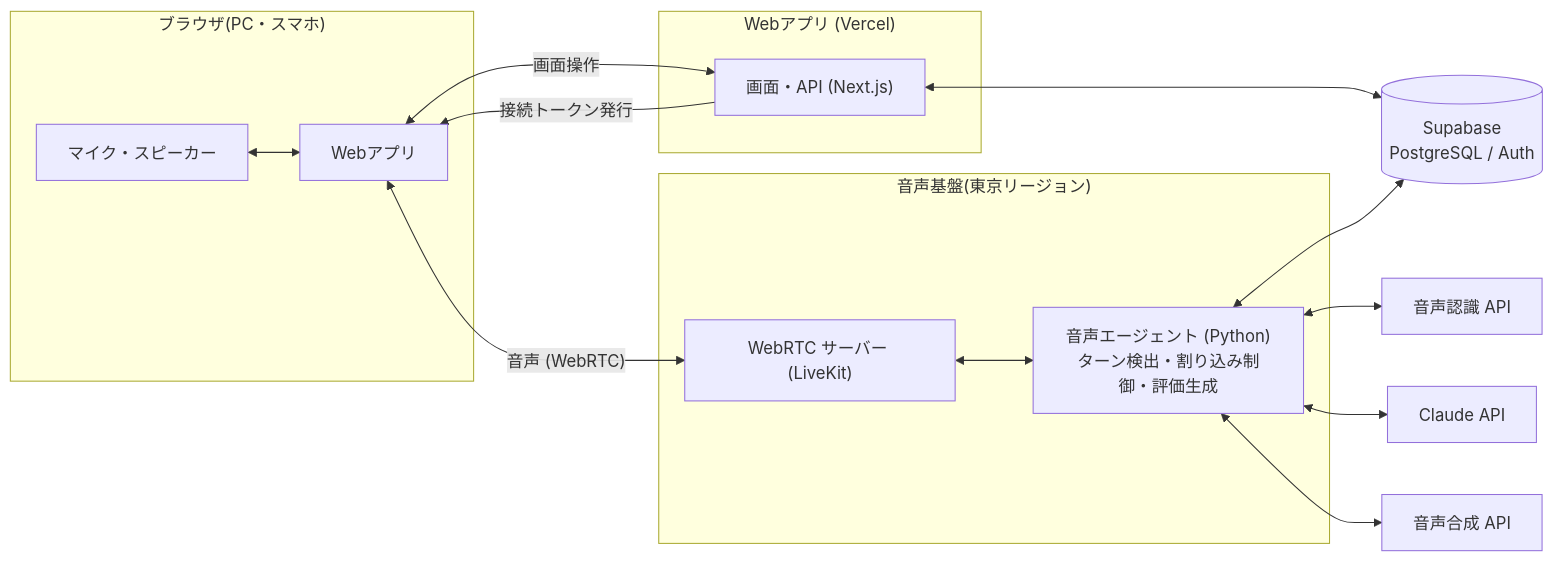
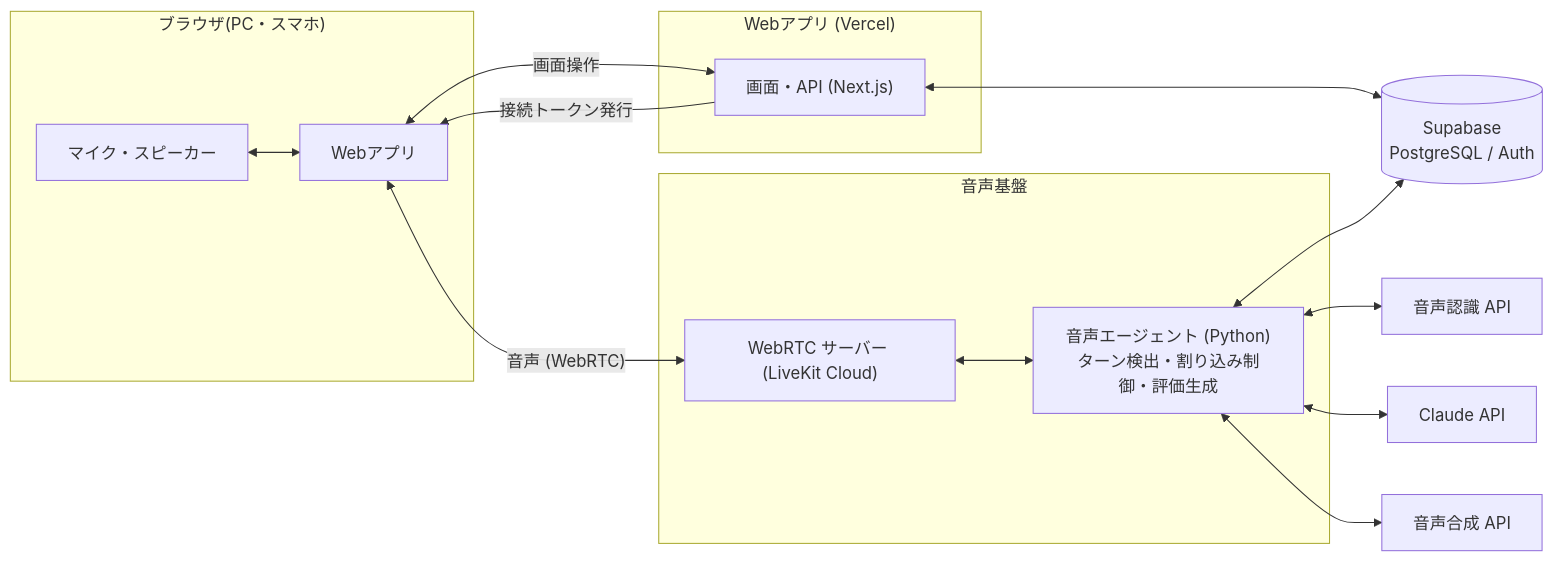
One commit to tarokuma555-maker/AI-interview-pj changed the fifth of 5 diagrams in docs/requirements.md. Above: the diagram before and after it, drawn with Mermaid. The commit also changed other lines of this file and 1 other file, not shown here.

````diff
--- a/docs/requirements.md
+++ b/docs/requirements.md
@@ -612,24 +612,24 @@
 ```mermaid
 flowchart LR
     subgraph Client["ブラウザ(PC・スマホ)"]
         UI["Webアプリ"]
         MIC["マイク・スピーカー"]
     end
     subgraph Web["Webアプリ (Vercel)"]
         API["画面・API (Next.js)"]
     end
-    subgraph Voice["音声基盤(東京リージョン)"]
-        RTC["WebRTC サーバー (LiveKit)"]
+    subgraph Voice["音声基盤"]
+        RTC["WebRTC サーバー (LiveKit Cloud)"]
         AGENT["音声エージェント (Python)<br/>ターン検出・割り込み制御・評価生成"]
     end
     MIC <--> UI
     UI <-->|"画面操作"| API
     API -->|"接続トークン発行"| UI
     UI <-->|"音声 (WebRTC)"| RTC
     RTC <--> AGENT
     AGENT <--> STT["音声認識 API"]
     AGENT <--> LLM["Claude API"]
     AGENT <--> TTS["音声合成 API"]
     API <--> DB[("Supabase<br/>PostgreSQL / Auth")]
     AGENT <--> DB
 ```
````
